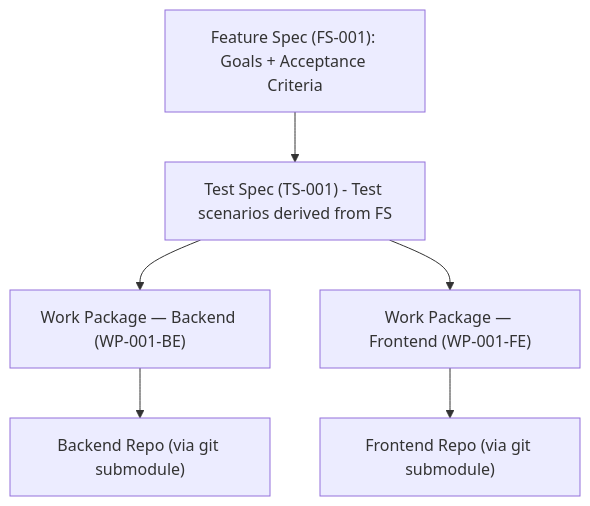
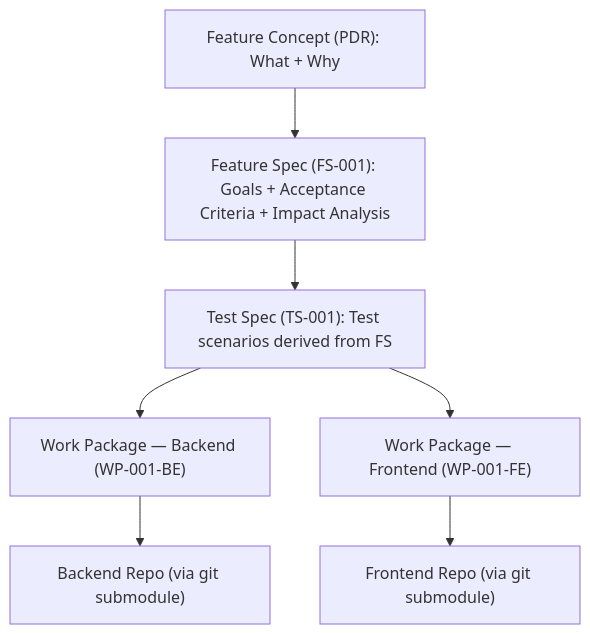
One commit to tankibaj/spec-driven-development changed the first of 2 diagrams in README.md. Above: the diagram before and after it, drawn with Mermaid. The commit also changed other lines of this file and 9 other files, not shown here.

````diff
--- a/README.md
+++ b/README.md
@@ -51,8 +51,9 @@
 ```mermaid
 flowchart TD
-    FS["Feature Spec (FS-001): Goals + Acceptance Criteria"] --> TS["Test Spec (TS-001) - Test scenarios derived from FS"]
+    PDR["Feature Concept (PDR): What + Why"] --> FS["Feature Spec (FS-001): Goals + Acceptance Criteria + Impact Analysis"]
+    FS --> TS["Test Spec (TS-001): Test scenarios derived from FS"]
     TS --> BE["Work Package — Backend (WP-001-BE)"]
     TS --> FE["Work Package — Frontend (WP-001-FE)"]
     BE --> BR["Backend Repo (via git submodule)"]
     FE --> FR["Frontend Repo (via git submodule)"]
 ```
````
